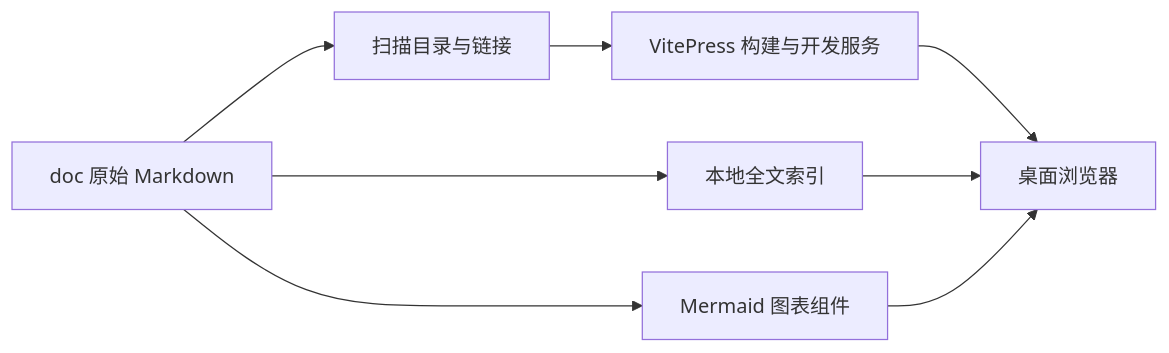
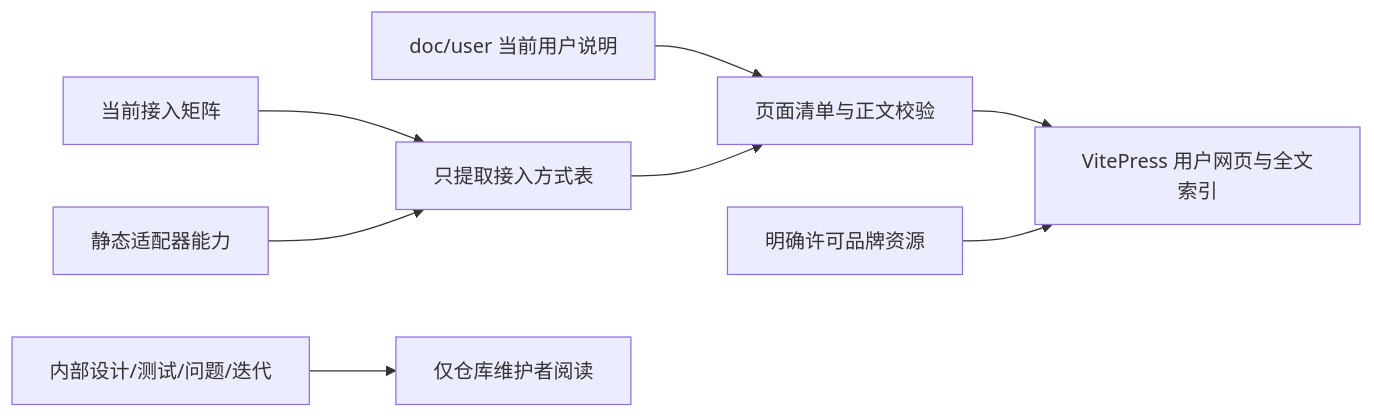
One commit to wsjq5477/MA-Relay changed the diagram in doc/modules/11-documentation-portal/design.md. Above: the diagram before and after it, drawn with Mermaid. The commit also changed other lines of this file and 168 other files, not shown here.

````diff
--- a/doc/modules/11-documentation-portal/design.md
+++ b/doc/modules/11-documentation-portal/design.md
@@ -20,10 +42,10 @@
 ```mermaid
 flowchart LR
-  MD[doc 原始 Markdown] --> Config[扫描目录与链接]
-  Config --> Build[VitePress 构建与开发服务]
-  Build --> Browser[桌面浏览器]
-  MD --> Search[本地全文索引]
-  Search --> Browser
-  MD --> Charts[Mermaid 图表组件]
-  Charts --> Browser
+  UserMD[doc/user 当前用户说明] --> Gate[页面清单与正文校验]
+  Matrix[当前接入矩阵] --> Tables[只提取接入方式表]
+  Registry[静态适配器能力] --> Tables
+  Tables --> Gate
+  Gate --> Site[VitePress 用户网页与全文索引]
+  Brand[明确许可品牌资源] --> Site
+  Internal[内部设计/测试/问题/迭代] --> Repo[仅仓库维护者阅读]
 ```
````
